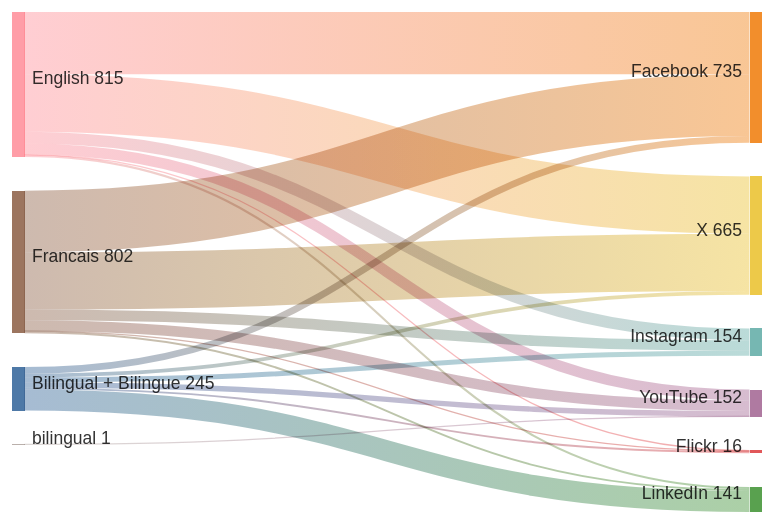
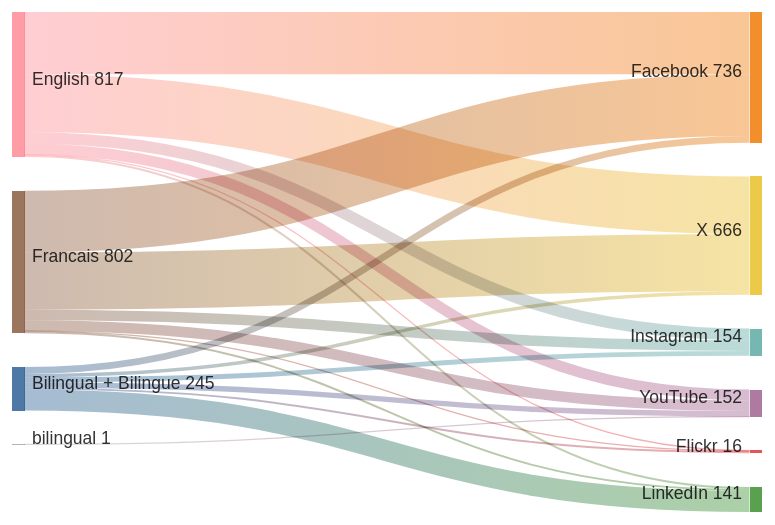
The diagram in sankey_diagram.md (PatLittle/GC-Socials), drawn with Mermaid before and after one commit.

Commit message:
Update Sankey diagram for the most recent day

````diff
--- a/sankey_diagram.md
+++ b/sankey_diagram.md
@@ -1,22 +1,22 @@
 ```mermaid
 sankey-beta
   Bilingual + Bilingue,Facebook,38
   Bilingual + Bilingue,Flickr,11
   Bilingual + Bilingue,Instagram,28
   Bilingual + Bilingue,LinkedIn,118
   Bilingual + Bilingue,X,20
   Bilingual + Bilingue,YouTube,30
-  English,Facebook,350
+  English,Facebook,351
   English,Flickr,3
   English,Instagram,66
   English,LinkedIn,12
-  English,X,323
+  English,X,324
   English,YouTube,61
   Francais,Facebook,347
   Francais,Flickr,2
   Francais,Instagram,60
   Francais,LinkedIn,11
   Francais,X,322
   Francais,YouTube,60
   bilingual,YouTube,1
 ```
````
